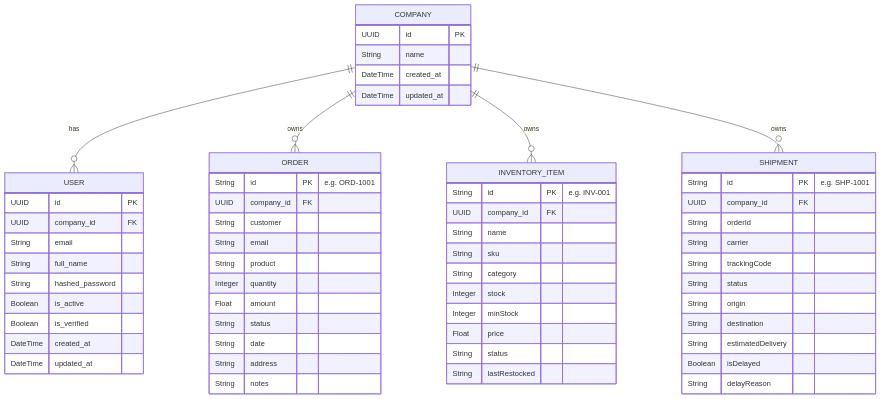
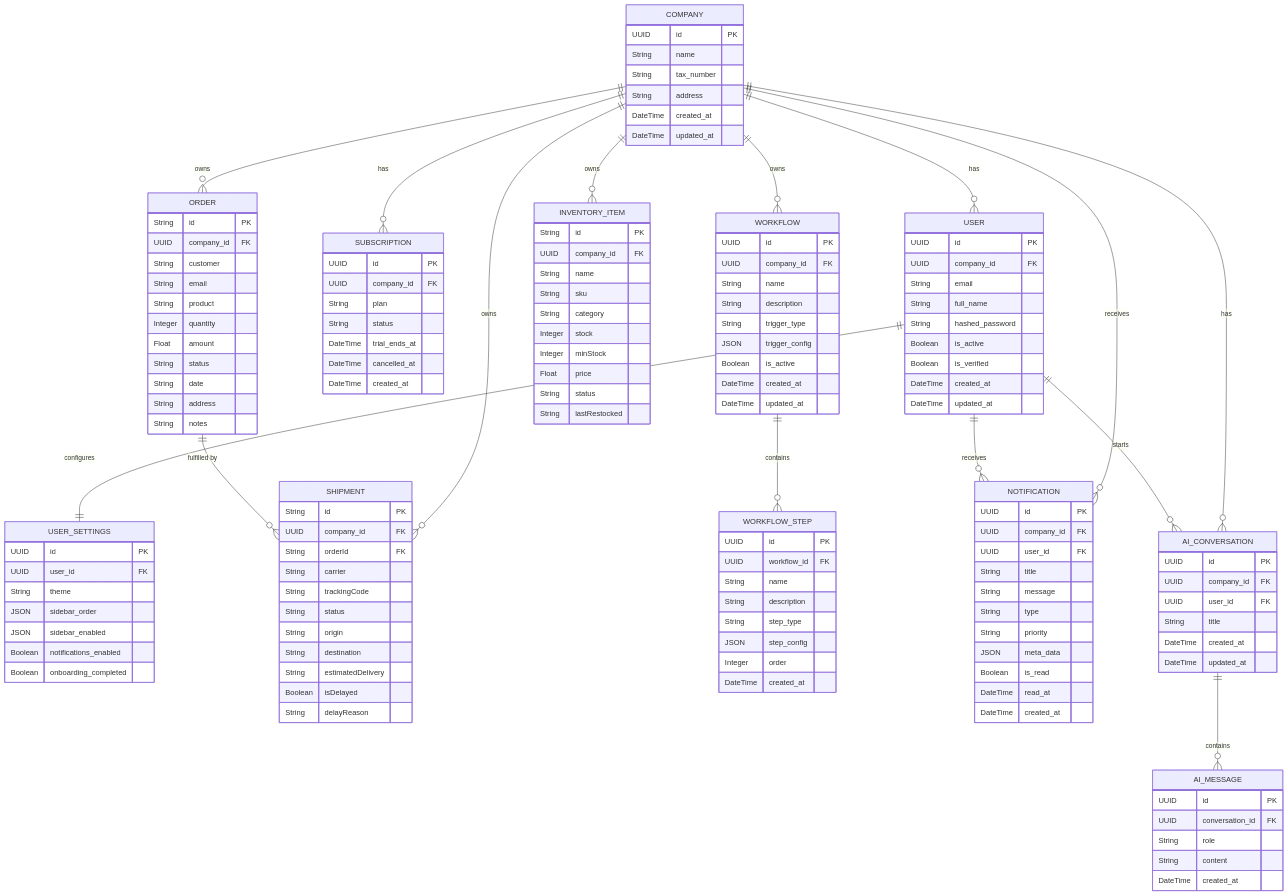
The first of 7 diagrams in README.md (Tesera-Dashboard/tesera-web), drawn with Mermaid before and after one commit. The commit also changed other lines of this file and 13 other files, not shown here.

````diff
--- a/README.md
+++ b/README.md
@@ -44,10 +162,12 @@
     COMPANY {
         UUID id PK
         String name
+        String tax_number
+        String address
         DateTime created_at
         DateTime updated_at
     }
-    
+
     USER {
         UUID id PK
         UUID company_id FK
@@ -59,9 +179,29 @@
         DateTime created_at
         DateTime updated_at
     }
-    
+
+    USER_SETTINGS {
+        UUID id PK
+        UUID user_id FK
+        String theme
+        JSON sidebar_order
+        JSON sidebar_enabled
+        Boolean notifications_enabled
+        Boolean onboarding_completed
+    }
+
+    SUBSCRIPTION {
+        UUID id PK
+        UUID company_id FK
+        String plan
+        String status
+        DateTime trial_ends_at
+        DateTime cancelled_at
+        DateTime created_at
+    }
+
     ORDER {
-        String id PK "e.g. ORD-1001"
+        String id PK
         UUID company_id FK
         String customer
         String email
@@ -73,9 +213,9 @@
         String address
         String notes
     }
-    
+
     INVENTORY_ITEM {
-        String id PK "e.g. INV-001"
+        String id PK
         UUID company_id FK
         String name
         String sku
@@ -86,11 +226,11 @@
         String status
         String lastRestocked
     }
-    
+
     SHIPMENT {
-        String id PK "e.g. SHP-1001"
+        String id PK
         UUID company_id FK
-        String orderId
+        String orderId FK
         String carrier
         String trackingCode
         String status
@@ -101,8 +241,72 @@
         String delayReason
     }
 
+    WORKFLOW {
+        UUID id PK
+        UUID company_id FK
+        String name
+        String description
+        String trigger_type
+        JSON trigger_config
+        Boolean is_active
+        DateTime created_at
+        DateTime updated_at
+    }
+
+    WORKFLOW_STEP {
+        UUID id PK
+        UUID workflow_id FK
+        String name
+        String description
+        String step_type
+        JSON step_config
+        Integer order
+        DateTime created_at
+    }
+
+    NOTIFICATION {
+        UUID id PK
+        UUID company_id FK
+        UUID user_id FK
+        String title
+        String message
+        String type
+        String priority
+        JSON meta_data
+        Boolean is_read
+        DateTime read_at
+        DateTime created_at
+    }
+
+    AI_CONVERSATION {
+        UUID id PK
+        UUID company_id FK
+        UUID user_id FK
+        String title
+        DateTime created_at
+        DateTime updated_at
+    }
+
+    AI_MESSAGE {
+        UUID id PK
+        UUID conversation_id FK
+        String role
+        String content
+        DateTime created_at
+    }
+
     COMPANY ||--o{ USER : "has"
     COMPANY ||--o{ ORDER : "owns"
     COMPANY ||--o{ INVENTORY_ITEM : "owns"
     COMPANY ||--o{ SHIPMENT : "owns"
+    COMPANY ||--o{ WORKFLOW : "owns"
+    COMPANY ||--o{ NOTIFICATION : "receives"
+    COMPANY ||--o{ AI_CONVERSATION : "has"
+    COMPANY ||--o{ SUBSCRIPTION : "has"
+    USER ||--|| USER_SETTINGS : "configures"
+    USER ||--o{ NOTIFICATION : "receives"
+    USER ||--o{ AI_CONVERSATION : "starts"
+    AI_CONVERSATION ||--o{ AI_MESSAGE : "contains"
+    WORKFLOW ||--o{ WORKFLOW_STEP : "contains"
+    ORDER ||--o{ SHIPMENT : "fulfilled by"
 ```
````
